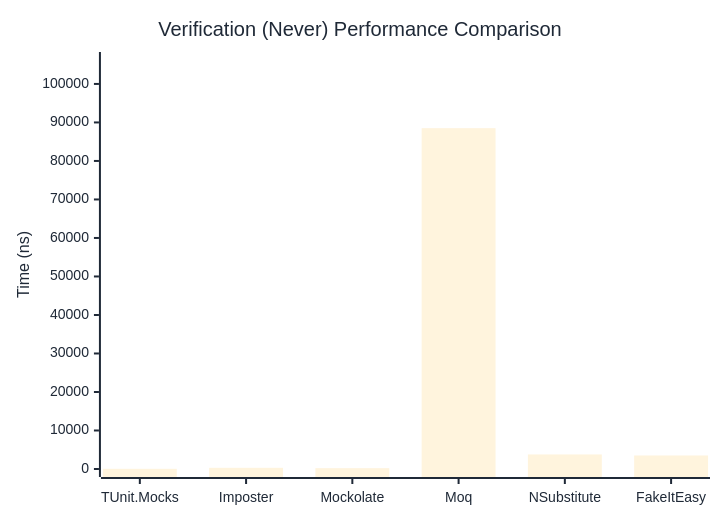
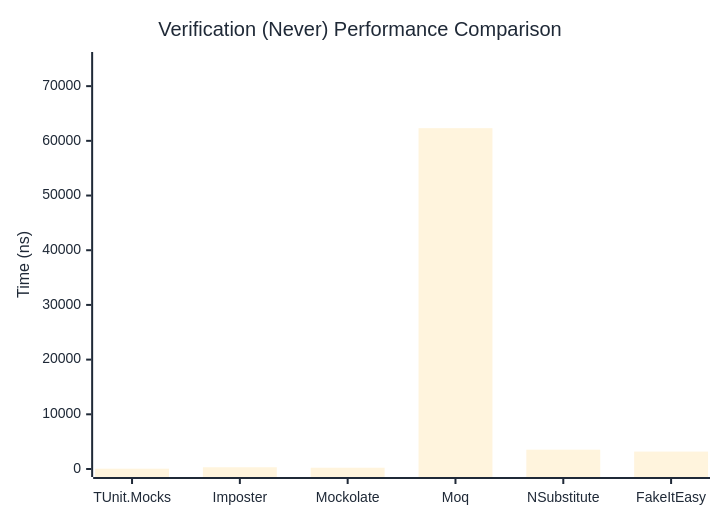
The second of 3 diagrams in docs/docs/benchmarks/mocks/Verification.md (thomhurst/TUnit), drawn with Mermaid before and after one commit. The commit also changed other lines of this file and 14 other files, not shown here.

````diff
--- a/docs/docs/benchmarks/mocks/Verification.md
+++ b/docs/docs/benchmarks/mocks/Verification.md
@@ -71,27 +71,27 @@
 ```mermaid
 %%{init: {
   'theme':'base',
   'themeVariables': {
     'primaryColor': '#2563eb',
     'primaryTextColor': '#1f2937',
     'primaryBorderColor': '#1e40af',
     'lineColor': '#6b7280',
     'secondaryColor': '#7c3aed',
     'tertiaryColor': '#dc2626',
     'background': '#ffffff',
     'pie1': '#2563eb',
     'pie2': '#7c3aed',
     'pie3': '#dc2626',
     'pie4': '#f59e0b',
     'pie5': '#10b981',
     'pie6': '#06b6d4',
     'pie7': '#ec4899',
     'pie8': '#6366f1'
   }
 }}%%
 xychart-beta
   title "Verification (Never) Performance Comparison"
   x-axis ["TUnit.Mocks", "Imposter", "Mockolate", "Moq", "NSubstitute", "FakeItEasy"]
-  y-axis "Time (ns)" 0 --> 106216
-  bar [49.56, 303.04, 221.54, 88512.84, 3776.71, 3512.67]
+  y-axis "Time (ns)" 0 --> 74781
+  bar [53.83, 318.25, 234.47, 62316.71, 3532.67, 3184.47]
 ```
````
